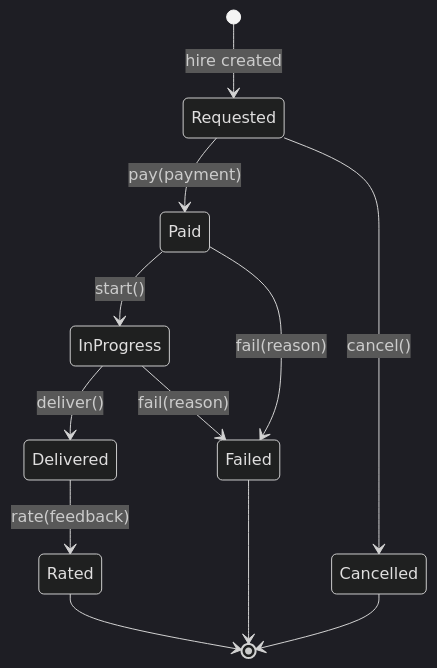
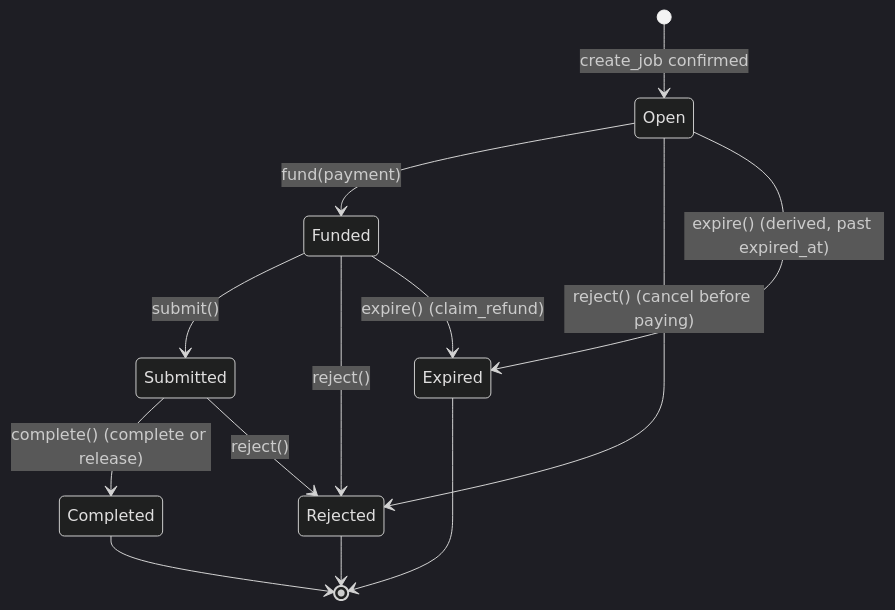
Before and after one commit to Zer0-Knowledge-Hack/puls3: the diagram in docs/domain/hire-lifecycle.md, drawn with Mermaid (dark theme). The commit also changed other lines of this file and 5 other files, not shown here.

````diff
--- a/docs/domain/hire-lifecycle.md
+++ b/docs/domain/hire-lifecycle.md
@@ -11,14 +13,15 @@
 ```mermaid
 stateDiagram-v2
-  [*] --> Requested : hire created
-  Requested --> Paid : pay(payment)
-  Requested --> Cancelled : cancel()
-  Paid --> InProgress : start()
-  Paid --> Failed : fail(reason)
-  InProgress --> Delivered : deliver()
-  InProgress --> Failed : fail(reason)
-  Delivered --> Rated : rate(feedback)
-  Rated --> [*]
-  Cancelled --> [*]
-  Failed --> [*]
+  [*] --> Open : create_job confirmed
+  Open --> Funded : fund(payment)
+  Open --> Rejected : reject() (cancel before paying)
+  Open --> Expired : expire() (derived, past expired_at)
+  Funded --> Submitted : submit()
+  Funded --> Rejected : reject()
+  Funded --> Expired : expire() (claim_refund)
+  Submitted --> Completed : complete() (complete or release)
+  Submitted --> Rejected : reject()
+  Completed --> [*]
+  Rejected --> [*]
+  Expired --> [*]
 ```
````
